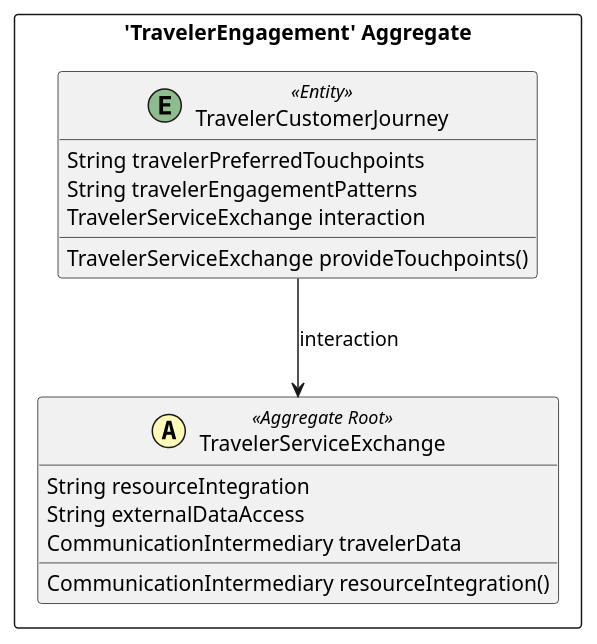
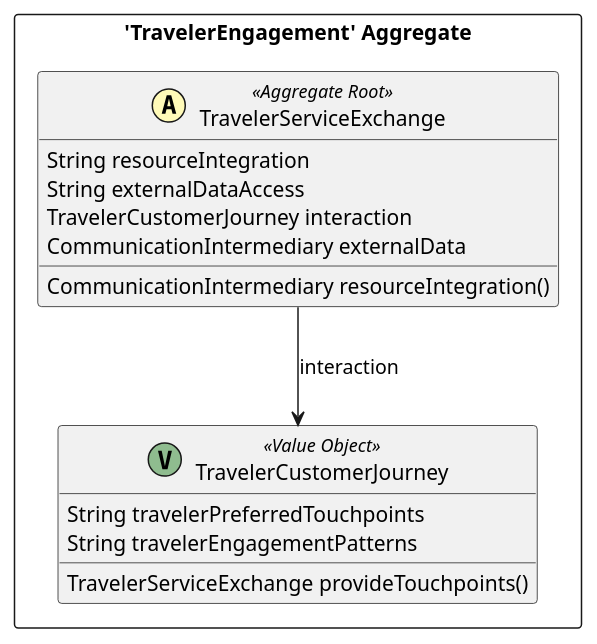
One commit to NormanBaechtold/ServiceSystem changed the diagram in src-gen/serviceSystem_BC_SimplyGo_TravelerEngagement.puml. Above: the diagram before and after it, drawn with PlantUML. The commit also changed 57 other files, not shown here.

```diff
--- a/src-gen/serviceSystem_BC_SimplyGo_TravelerEngagement.puml
+++ b/src-gen/serviceSystem_BC_SimplyGo_TravelerEngagement.puml
@@ -1,22 +1,22 @@
 @startuml
 
 skinparam componentStyle uml2
 
 package "'TravelerEngagement' Aggregate" <<Rectangle>> {
-	class TravelerCustomerJourney <<(E,DarkSeaGreen) Entity>> {
+	class TravelerCustomerJourney <<(V,DarkSeaGreen) Value Object>> {
 		String travelerPreferredTouchpoints
 		String travelerEngagementPatterns
-		TravelerServiceExchange interaction
 		TravelerServiceExchange provideTouchpoints()
 	}
 	class TravelerServiceExchange <<(A,#fffab8) Aggregate Root>> {
 		String resourceIntegration
 		String externalDataAccess
-		CommunicationIntermediary travelerData
+		TravelerCustomerJourney interaction
+		CommunicationIntermediary externalData
 		CommunicationIntermediary resourceIntegration()
 	}
 }
-TravelerCustomerJourney --> TravelerServiceExchange : interaction
+TravelerServiceExchange --> TravelerCustomerJourney : interaction
 
 
 @enduml
```
